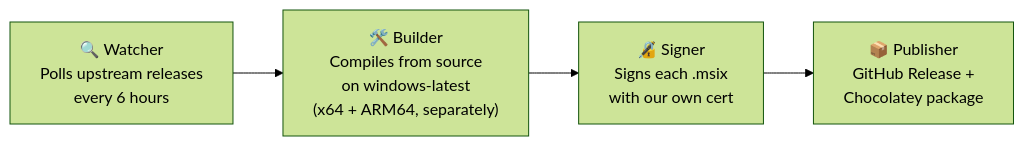
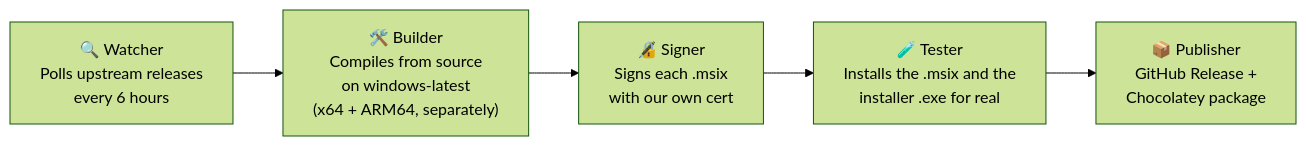
Before and after one commit to tanzim2000/fluentflyout-unofficial: the diagram in README.md, drawn with Mermaid (forest theme). The commit also changed other lines of this file, not shown here.

````diff
--- a/README.md
+++ b/README.md
@@ -34,6 +34,7 @@
 ```mermaid
 flowchart LR
     A["🔍 Watcher<br/>Polls upstream releases<br/>every 6 hours"] --> B["🛠️ Builder<br/>Compiles from source<br/>on windows-latest<br/>(x64 + ARM64, separately)"]
     B --> C["🔏 Signer<br/>Signs each .msix<br/>with our own cert"]
-    C --> D["📦 Publisher<br/>GitHub Release +<br/>Chocolatey package"]
+    C --> D["🧪 Tester<br/>Installs the .msix and the<br/>installer .exe for real"]
+    D --> E["📦 Publisher<br/>GitHub Release +<br/>Chocolatey package"]
 ```
````
